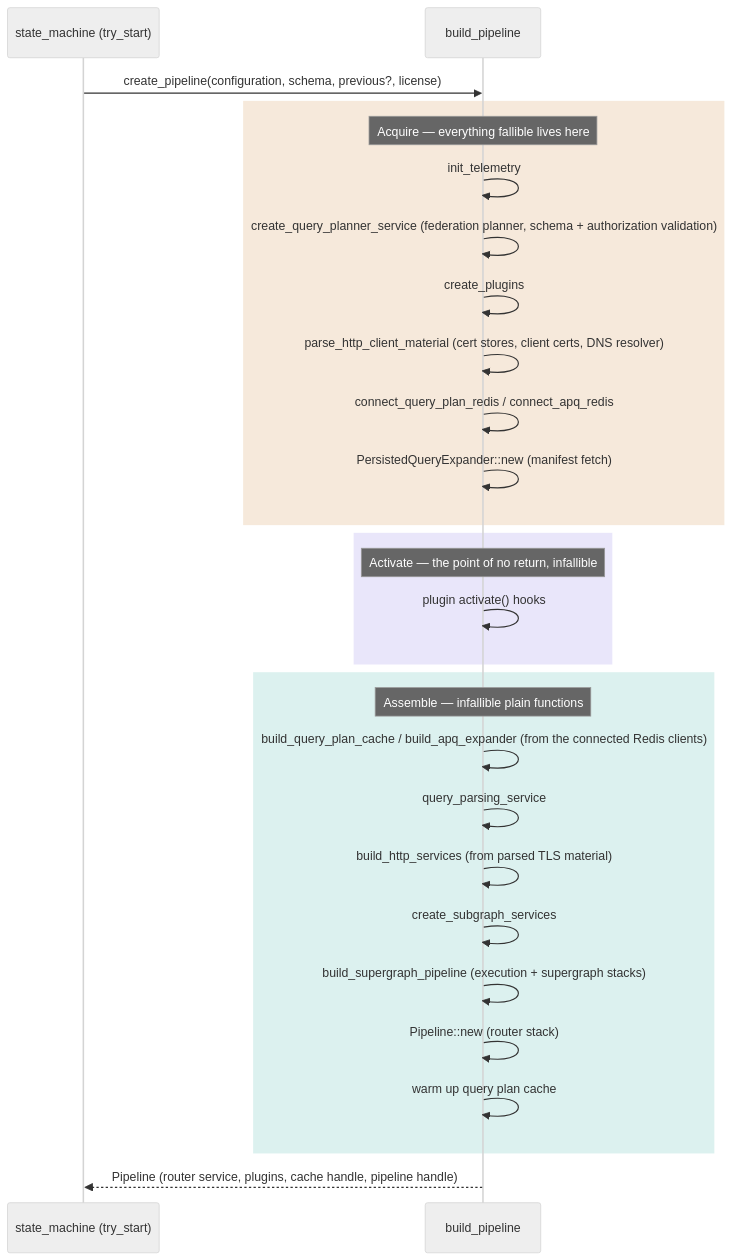
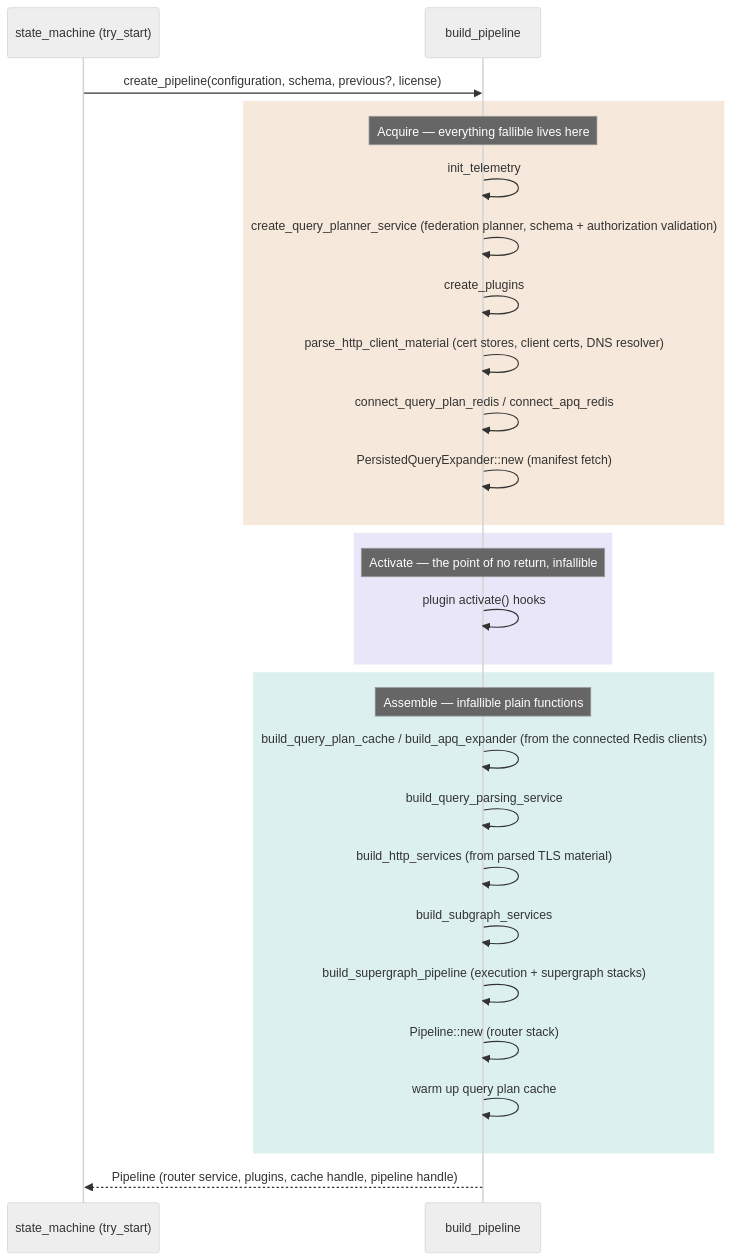
Before and after one commit to apollographql/router: the diagram in dev-docs/pipeline-construction.md, drawn with Mermaid (neutral theme). The commit also changed other lines of this file and 8 other files, not shown here.

````diff
--- a/dev-docs/pipeline-construction.md
+++ b/dev-docs/pipeline-construction.md
@@ -11,35 +11,35 @@
 ```mermaid
 sequenceDiagram
     participant SM as state_machine (try_start)
     participant BP as build_pipeline
 
     SM->>BP: create_pipeline(configuration, schema, previous?, license)
 
     rect rgba(192, 106, 16, 0.15)
         Note over BP: Acquire — everything fallible lives here
         BP->>BP: init_telemetry
         BP->>BP: create_query_planner_service (federation planner, schema + authorization validation)
         BP->>BP: create_plugins
         BP->>BP: parse_http_client_material (cert stores, client certs, DNS resolver)
         BP->>BP: connect_query_plan_redis / connect_apq_redis
         BP->>BP: PersistedQueryExpander::new (manifest fetch)
     end
 
     rect rgba(110, 90, 220, 0.15)
         Note over BP: Activate — the point of no return, infallible
         BP->>BP: plugin activate() hooks
     end
 
     rect rgba(20, 160, 150, 0.15)
         Note over BP: Assemble — infallible plain functions
         BP->>BP: build_query_plan_cache / build_apq_expander (from the connected Redis clients)
-        BP->>BP: query_parsing_service
+        BP->>BP: build_query_parsing_service
         BP->>BP: build_http_services (from parsed TLS material)
-        BP->>BP: create_subgraph_services
+        BP->>BP: build_subgraph_services
         BP->>BP: build_supergraph_pipeline (execution + supergraph stacks)
         BP->>BP: Pipeline::new (router stack)
         BP->>BP: warm up query plan cache
     end
 
     BP-->>SM: Pipeline (router service, plugins, cache handle, pipeline handle)
 ```
````
